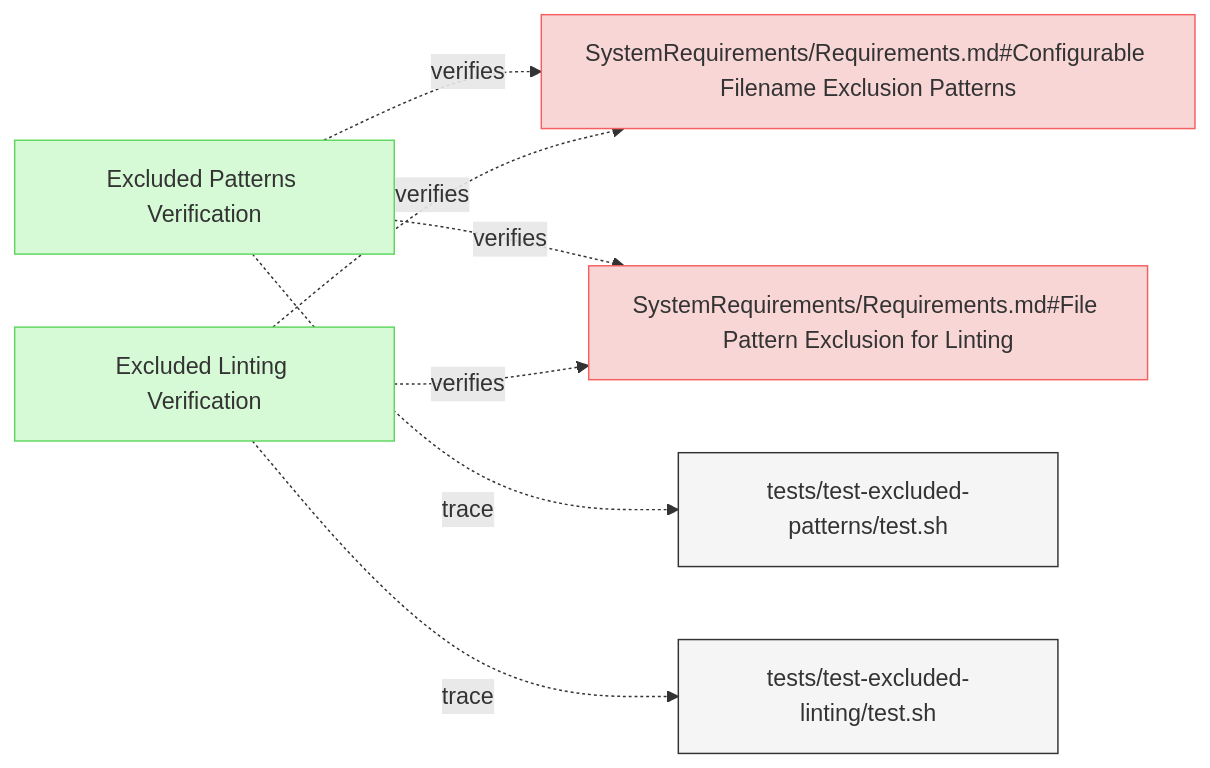
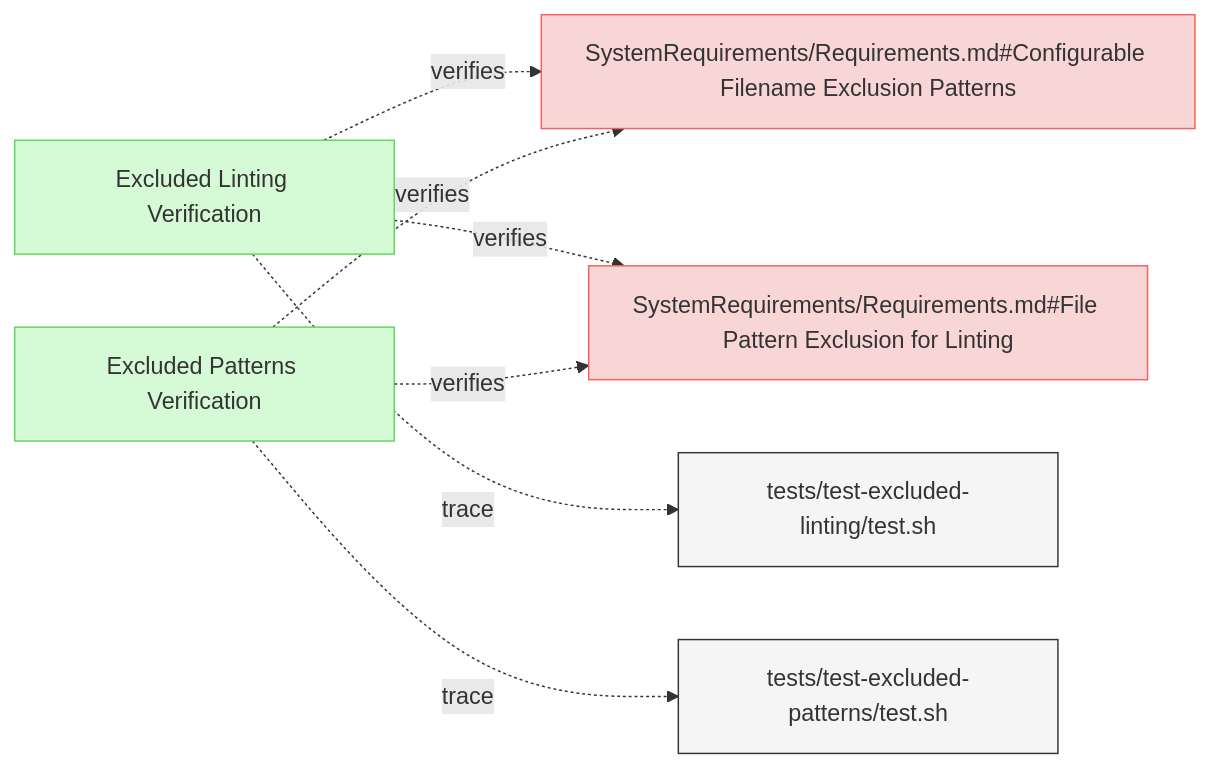
One commit to reqvire-org/reqvire changed the third of 3 diagrams in specifications/Verifications/LintingTests.md. Above: the diagram before and after it, drawn with Mermaid. The commit also changed other lines of this file and 16 other files, not shown here.

````diff
--- a/specifications/Verifications/LintingTests.md
+++ b/specifications/Verifications/LintingTests.md
@@ -277,33 +277,33 @@
 ```mermaid
 graph LR;
   %% Graph styling
   classDef requirement fill:#f9d6d6,stroke:#f55f5f,stroke-width:1px;
   classDef verification fill:#d6f9d6,stroke:#5fd75f,stroke-width:1px;
   classDef externalLink fill:#d0e0ff,stroke:#3080ff,stroke-width:1px;
   classDef default fill:#f5f5f5,stroke:#333333,stroke-width:1px;
 
-  3cea1c7ac2f7a8c5["Excluded Patterns Verification"];
-  click 3cea1c7ac2f7a8c5 "https://github.com/Reqvire/reqvire/blob/b8c43d2689b933838bf1838d8a4cdf3393c9014f/specifications/Verifications/LintingTests.md#excluded-patterns-verification";
-  class 3cea1c7ac2f7a8c5 verification;
+  c63c04402c100a4a["Excluded Linting Verification"];
+  click c63c04402c100a4a "https://github.com/Reqvire/reqvire/blob/92e82ef235559b4819fd85d700024b79b452d8e3/specifications/Verifications/LintingTests.md#excluded-linting-verification";
+  class c63c04402c100a4a verification;
   4bf74699f40f4a76["SystemRequirements/Requirements.md#Configurable Filename Exclusion Patterns"];
   class 4bf74699f40f4a76 requirement;
-  click 4bf74699f40f4a76 "https://github.com/Reqvire/reqvire/blob/b8c43d2689b933838bf1838d8a4cdf3393c9014f/specifications/SystemRequirements/Requirements.md#configurable-filename-exclusion-patterns";
-  3cea1c7ac2f7a8c5 -.->|verifies| 4bf74699f40f4a76;
+  click 4bf74699f40f4a76 "https://github.com/Reqvire/reqvire/blob/92e82ef235559b4819fd85d700024b79b452d8e3/specifications/SystemRequirements/Requirements.md#configurable-filename-exclusion-patterns";
+  c63c04402c100a4a -.->|verifies| 4bf74699f40f4a76;
   48e8a0b4b18111c4["SystemRequirements/Requirements.md#File Pattern Exclusion for Linting"];
   class 48e8a0b4b18111c4 requirement;
-  click 48e8a0b4b18111c4 "https://github.com/Reqvire/reqvire/blob/b8c43d2689b933838bf1838d8a4cdf3393c9014f/specifications/SystemRequirements/Requirements.md#file-pattern-exclusion-for-linting";
+  click 48e8a0b4b18111c4 "https://github.com/Reqvire/reqvire/blob/92e82ef235559b4819fd85d700024b79b452d8e3/specifications/SystemRequirements/Requirements.md#file-pattern-exclusion-for-linting";
+  c63c04402c100a4a -.->|verifies| 48e8a0b4b18111c4;
+  b2805e4d183be784["tests/test-excluded-linting/test.sh"];
+  class b2805e4d183be784 default;
+  click b2805e4d183be784 "https://github.com/Reqvire/reqvire/blob/92e82ef235559b4819fd85d700024b79b452d8e3/tests/test-excluded-linting/test.sh";
+  c63c04402c100a4a -.->|trace| b2805e4d183be784;
+  3cea1c7ac2f7a8c5["Excluded Patterns Verification"];
+  click 3cea1c7ac2f7a8c5 "https://github.com/Reqvire/reqvire/blob/92e82ef235559b4819fd85d700024b79b452d8e3/specifications/Verifications/LintingTests.md#excluded-patterns-verification";
+  class 3cea1c7ac2f7a8c5 verification;
+  3cea1c7ac2f7a8c5 -.->|verifies| 4bf74699f40f4a76;
   3cea1c7ac2f7a8c5 -.->|verifies| 48e8a0b4b18111c4;
   ec11a68aa5b4bdc1["tests/test-excluded-patterns/test.sh"];
   class ec11a68aa5b4bdc1 default;
-  click ec11a68aa5b4bdc1 "https://github.com/Reqvire/reqvire/blob/b8c43d2689b933838bf1838d8a4cdf3393c9014f/tests/test-excluded-patterns/test.sh";
+  click ec11a68aa5b4bdc1 "https://github.com/Reqvire/reqvire/blob/92e82ef235559b4819fd85d700024b79b452d8e3/tests/test-excluded-patterns/test.sh";
   3cea1c7ac2f7a8c5 -.->|trace| ec11a68aa5b4bdc1;
-  c63c04402c100a4a["Excluded Linting Verification"];
-  click c63c04402c100a4a "https://github.com/Reqvire/reqvire/blob/b8c43d2689b933838bf1838d8a4cdf3393c9014f/specifications/Verifications/LintingTests.md#excluded-linting-verification";
-  class c63c04402c100a4a verification;
-  c63c04402c100a4a -.->|verifies| 4bf74699f40f4a76;
-  c63c04402c100a4a -.->|verifies| 48e8a0b4b18111c4;
-  b2805e4d183be784["tests/test-excluded-linting/test.sh"];
-  class b2805e4d183be784 default;
-  click b2805e4d183be784 "https://github.com/Reqvire/reqvire/blob/b8c43d2689b933838bf1838d8a4cdf3393c9014f/tests/test-excluded-linting/test.sh";
-  c63c04402c100a4a -.->|trace| b2805e4d183be784;
 ```
````
